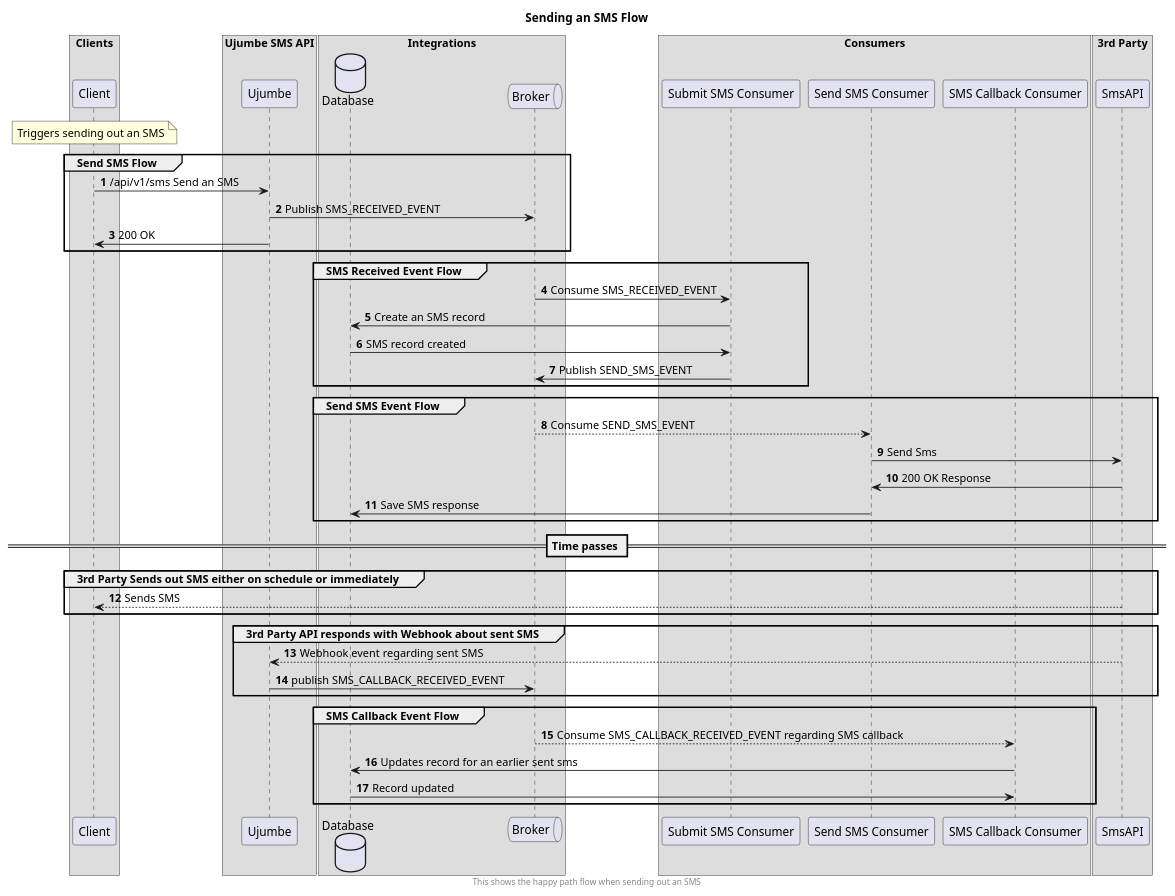
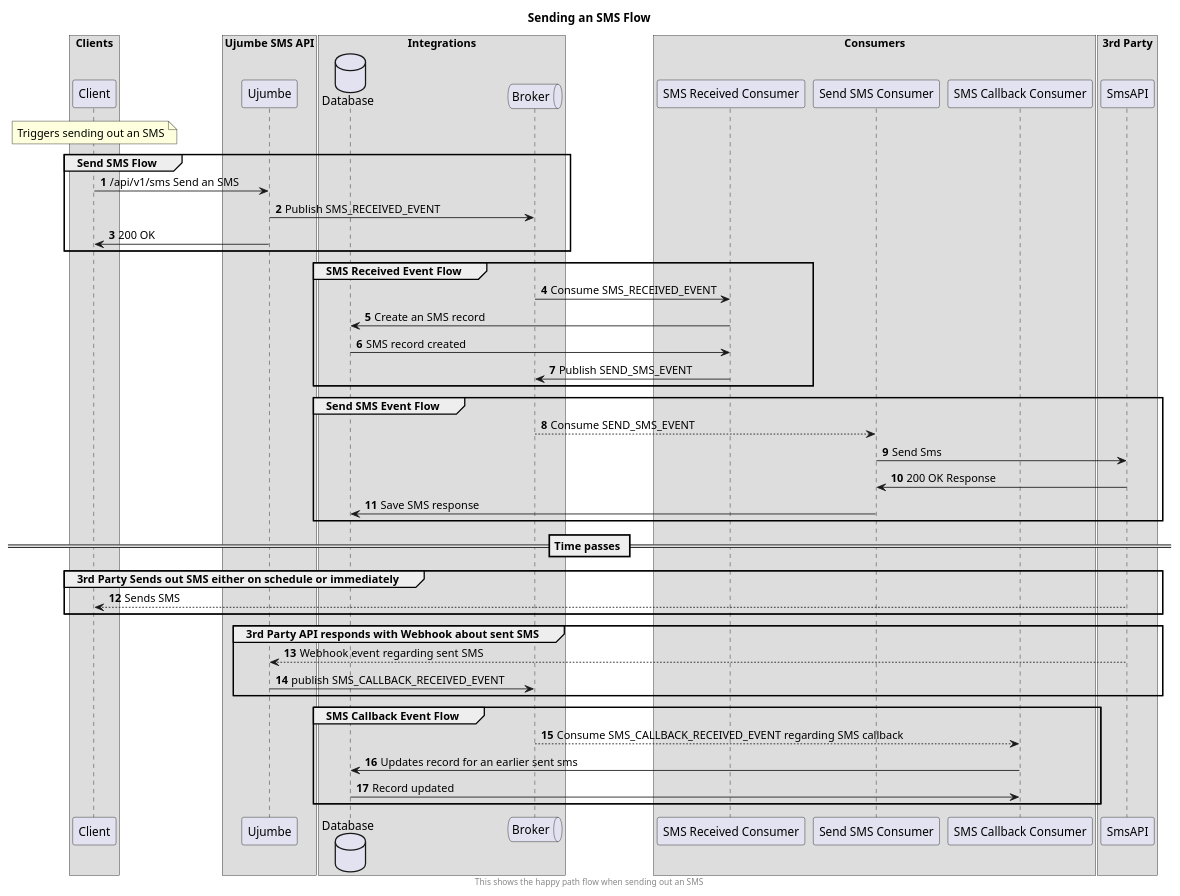
The diagram in docs/send_sms_flow.puml (SanctumLabs/ujumbe), drawn with PlantUML before and after one commit.

Commit message:
docs(diagram): update diagram flow

```diff
--- a/docs/send_sms_flow.puml
+++ b/docs/send_sms_flow.puml
@@ -1,70 +1,70 @@
 @startuml
 
 title Sending an SMS Flow
 footer This shows the happy path flow when sending out an SMS
 
 autonumber
 
 box Clients
     participant Client as client
 endbox
 
 note over client: Triggers sending out an SMS
 
 box Ujumbe SMS API
     participant Ujumbe as ujumbe
 endbox
 
 box Integrations
     database Database as database
     queue Broker as broker
 endbox
 
 box Consumers
-    participant "Submit SMS Consumer" as submit_sms_consumer
+    participant "SMS Received Consumer" as sms_received_consumer
     participant "Send SMS Consumer" as send_sms_consumer
     participant "SMS Callback Consumer" as sms_callback_consumer
 endbox
 
 box 3rd Party
     participant SmsAPI as sms_api
 endbox
 
 group Send SMS Flow
  client -> ujumbe: /api/v1/sms Send an SMS
  ujumbe -> broker: Publish SMS_RECEIVED_EVENT
  ujumbe -> client: 200 OK
 end
 
 group SMS Received Event Flow
- broker -> submit_sms_consumer: Consume SMS_RECEIVED_EVENT
- submit_sms_consumer -> database: Create an SMS record
- database -> submit_sms_consumer: SMS record created
- submit_sms_consumer -> broker: Publish SEND_SMS_EVENT
+ broker -> sms_received_consumer: Consume SMS_RECEIVED_EVENT
+ sms_received_consumer -> database: Create an SMS record
+ database -> sms_received_consumer: SMS record created
+ sms_received_consumer -> broker: Publish SEND_SMS_EVENT
 end
 
 group Send SMS Event Flow
  broker --> send_sms_consumer: Consume SEND_SMS_EVENT
  send_sms_consumer -> sms_api: Send Sms
  sms_api -> send_sms_consumer: 200 OK Response
  send_sms_consumer -> database: Save SMS response
 end
 
 == Time passes ==
 
 group 3rd Party Sends out SMS either on schedule or immediately
  sms_api --> client: Sends SMS
 end
 
 group 3rd Party API responds with Webhook about sent SMS
  sms_api --> ujumbe: Webhook event regarding sent SMS
  ujumbe -> broker: publish SMS_CALLBACK_RECEIVED_EVENT
 end
 
 group SMS Callback Event Flow
  broker --> sms_callback_consumer: Consume SMS_CALLBACK_RECEIVED_EVENT regarding SMS callback
  sms_callback_consumer -> database: Updates record for an earlier sent sms
  database -> sms_callback_consumer: Record updated
 end
 
 @enduml
```
